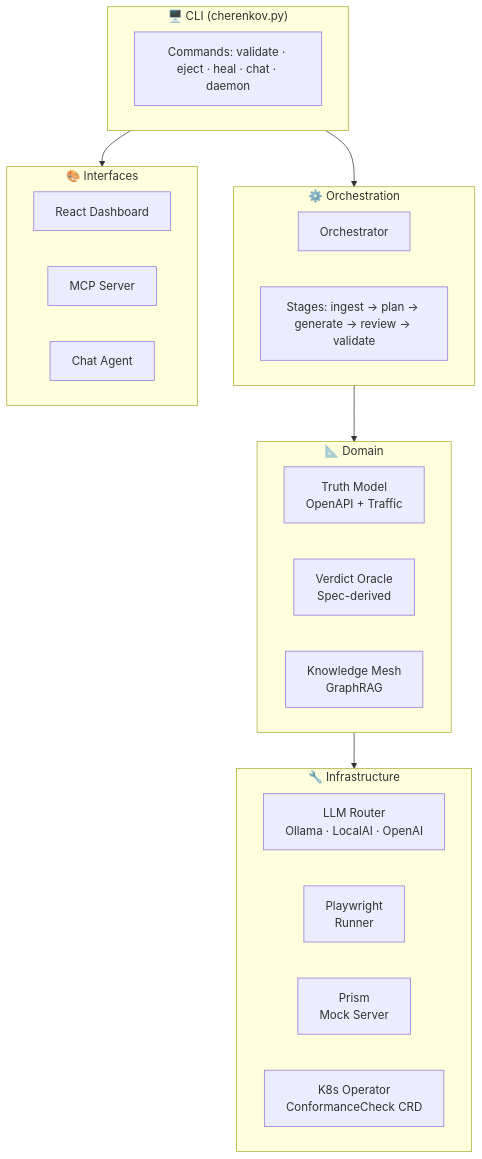
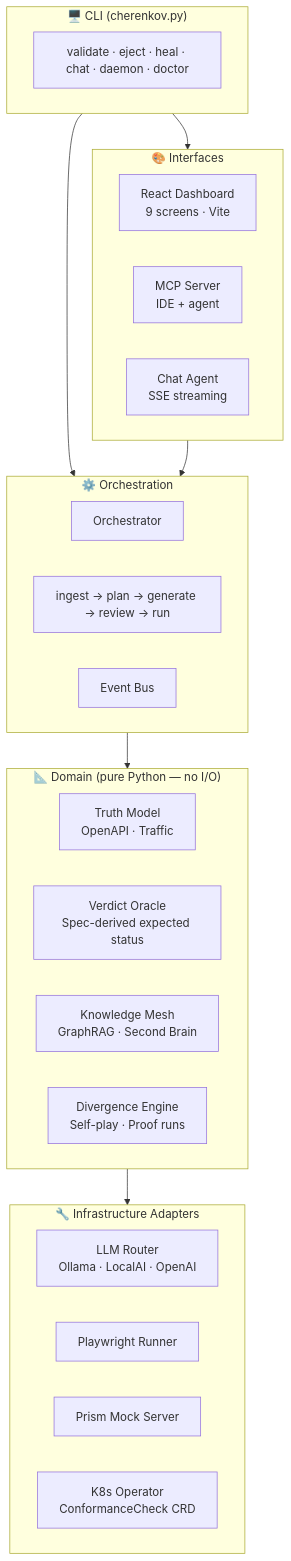
The second of 2 diagrams in README.md (moaidmoatasem/cherenkov-qa), drawn with Mermaid before and after one commit. The commit also changed other lines of this file and 2 other files, not shown here.

````diff
--- a/README.md
+++ b/README.md
@@ -174,35 +204,38 @@
 ```mermaid
 graph TB
     subgraph CLI ["🖥️  CLI  (cherenkov.py)"]
-        CMD[Commands: validate · eject · heal · chat · daemon]
+        CMD[validate · eject · heal · chat · daemon · doctor]
     end
 
     subgraph ORCH ["⚙️  Orchestration"]
         ORC[Orchestrator]
-        STAGES["Stages: ingest → plan → generate → review → validate"]
+        STAGES["ingest → plan → generate → review → run"]
+        EVENTS[Event Bus]
     end
 
-    subgraph DOMAIN ["📐  Domain"]
-        TRUTH[Truth Model\nOpenAPI + Traffic]
-        ORACLE[Verdict Oracle\nSpec-derived]
-        KNOWLEDGE[Knowledge Mesh\nGraphRAG]
+    subgraph DOMAIN ["📐  Domain  (pure Python — no I/O)"]
+        TRUTH[Truth Model\nOpenAPI · Traffic]
+        ORACLE[Verdict Oracle\nSpec-derived expected status]
+        KNOWLEDGE[Knowledge Mesh\nGraphRAG · Second Brain]
+        DIVERGENCE[Divergence Engine\nSelf-play · Proof runs]
     end
 
-    subgraph INFRA ["🔧  Infrastructure"]
+    subgraph INFRA ["🔧  Infrastructure Adapters"]
         LLM[LLM Router\nOllama · LocalAI · OpenAI]
-        PLAYWRIGHT[Playwright\nRunner]
-        PRISM[Prism\nMock Server]
+        PLAYWRIGHT[Playwright Runner]
+        PRISM[Prism Mock Server]
         K8S[K8s Operator\nConformanceCheck CRD]
     end
 
     subgraph UI ["🎨  Interfaces"]
-        WEB[React Dashboard]
-        MCP_S[MCP Server]
-        CHAT[Chat Agent]
+        WEB[React Dashboard\n9 screens · Vite]
+        MCP_S[MCP Server\nIDE + agent]
+        CHAT[Chat Agent\nSSE streaming]
     end
 
     CLI --> ORCH
     ORCH --> DOMAIN
     DOMAIN --> INFRA
     CLI --> UI
+    UI --> ORCH
 ```
````
